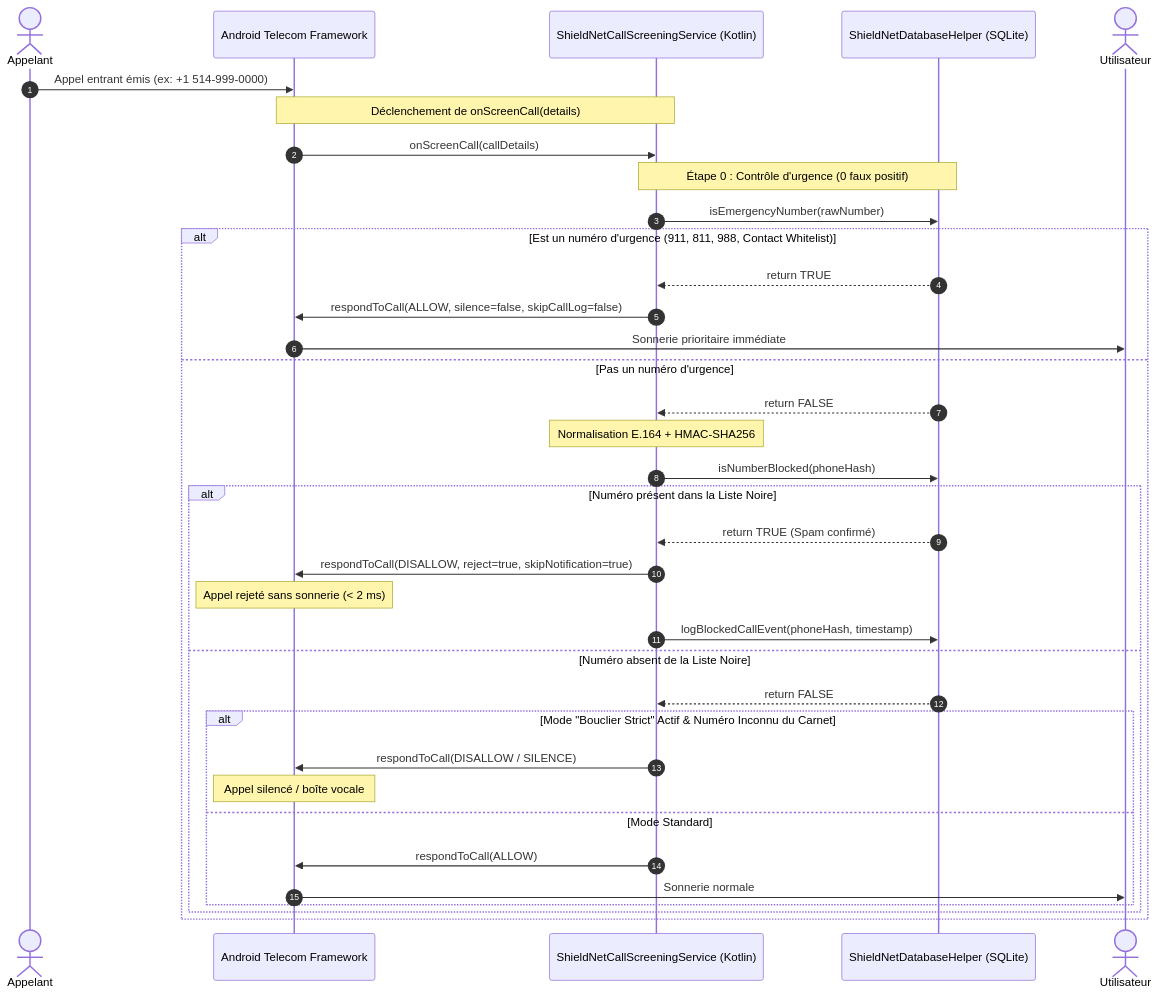
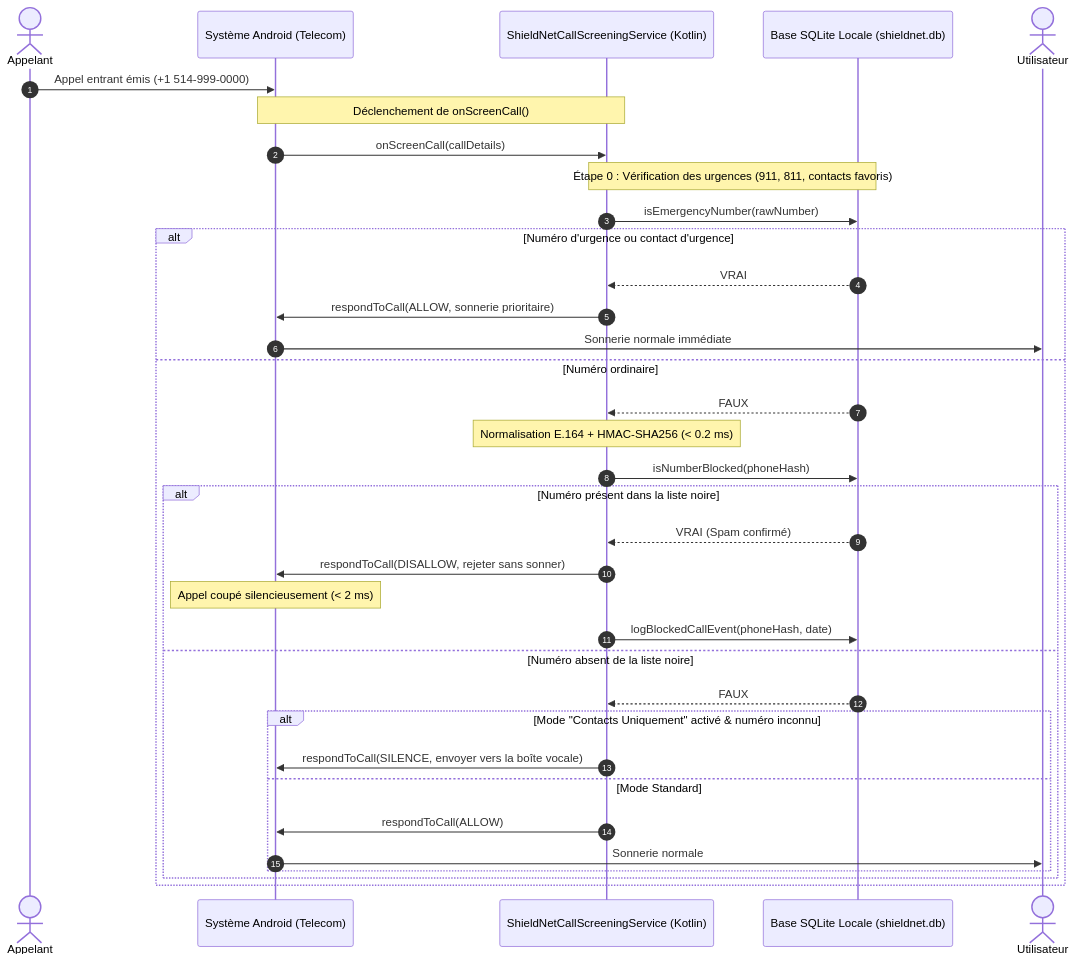
One commit to fadelilyas01/Projet-Synth-se changed the fourth of 7 diagrams in docs/ARCHITECTURE_ET_CONCEPTION.md. Above: the diagram before and after it, drawn with Mermaid. The commit also changed other lines of this file and 5 other files, not shown here.

````diff
--- a/docs/ARCHITECTURE_ET_CONCEPTION.md
+++ b/docs/ARCHITECTURE_ET_CONCEPTION.md
@@ -253,45 +254,44 @@
 ```mermaid
 sequenceDiagram
     autonumber
-    actor Caller as Appelant
-    participant AndroidOS as Android Telecom Framework
+    actor Appelant as Appelant
+    participant AndroidOS as Système Android (Telecom)
     participant NativeService as ShieldNetCallScreeningService (Kotlin)
-    participant NativeDB as ShieldNetDatabaseHelper (SQLite)
-    actor Recipient as Utilisateur
+    participant NativeDB as Base SQLite Locale (shieldnet.db)
+    actor Utilisateur as Utilisateur
 
-    Caller->>AndroidOS: Appel entrant émis (ex: +1 514-999-0000)
-    Note over AndroidOS,NativeService: Déclenchement de onScreenCall(details)
+    Appelant->>AndroidOS: Appel entrant émis (+1 514-999-0000)
+    Note over AndroidOS,NativeService: Déclenchement de onScreenCall()
     AndroidOS->>NativeService: onScreenCall(callDetails)
     
-    %% Étape 0 : Contrôle d'Urgence Immédiat
-    Note over NativeService,NativeDB: Étape 0 : Contrôle d'urgence (0 faux positif)
+    %% Étape 0 : Contrôle d'urgence immédiat
+    Note over NativeService,NativeDB: Étape 0 : Vérification des urgences (911, 811, contacts favoris)
     NativeService->>NativeDB: isEmergencyNumber(rawNumber)
-    alt Est un numéro d'urgence (911, 811, 988, Contact Whitelist)
-        NativeDB-->>NativeService: return TRUE
-        NativeService->>AndroidOS: respondToCall(ALLOW, silence=false, skipCallLog=false)
-        AndroidOS->>Recipient: Sonnerie prioritaire immédiate
-    else Pas un numéro d'urgence
-        NativeDB-->>NativeService: return FALSE
+    alt Numéro d'urgence ou contact d'urgence
+        NativeDB-->>NativeService: VRAI
+        NativeService->>AndroidOS: respondToCall(ALLOW, sonnerie prioritaire)
+        AndroidOS->>Utilisateur: Sonnerie normale immédiate
+    else Numéro ordinaire
+        NativeDB-->>NativeService: FAUX
         
-        %% Étape 1 : Normalisation et Hachage
-        Note over NativeService: Normalisation E.164 + HMAC-SHA256
+        %% Étape 1 : Hachage et vérification de la liste noire
+        Note over NativeService: Normalisation E.164 + HMAC-SHA256 (< 0.2 ms)
         NativeService->>NativeDB: isNumberBlocked(phoneHash)
         
-        alt Numéro présent dans la Liste Noire
-            NativeDB-->>NativeService: return TRUE (Spam confirmé)
-            NativeService->>AndroidOS: respondToCall(DISALLOW, reject=true, skipNotification=true)
-            Note over AndroidOS: Appel rejeté sans sonnerie (< 2 ms)
-            NativeService->>NativeDB: logBlockedCallEvent(phoneHash, timestamp)
-        else Numéro absent de la Liste Noire
-            NativeDB-->>NativeService: return FALSE
+        alt Numéro présent dans la liste noire
+            NativeDB-->>NativeService: VRAI (Spam confirmé)
+            NativeService->>AndroidOS: respondToCall(DISALLOW, rejeter sans sonner)
+            Note over AndroidOS: Appel coupé silencieusement (< 2 ms)
+            NativeService->>NativeDB: logBlockedCallEvent(phoneHash, date)
+        else Numéro absent de la liste noire
+            NativeDB-->>NativeService: FAUX
             
-            alt Mode "Bouclier Strict" Actif & Numéro Inconnu du Carnet
-                NativeService->>AndroidOS: respondToCall(DISALLOW / SILENCE)
-                Note over AndroidOS: Appel silencé / boîte vocale
+            alt Mode "Contacts Uniquement" activé & numéro inconnu
+                NativeService->>AndroidOS: respondToCall(SILENCE, envoyer vers la boîte vocale)
             else Mode Standard
                 NativeService->>AndroidOS: respondToCall(ALLOW)
-                AndroidOS->>Recipient: Sonnerie normale
+                AndroidOS->>Utilisateur: Sonnerie normale
             end
         end
     end
 ```
````
